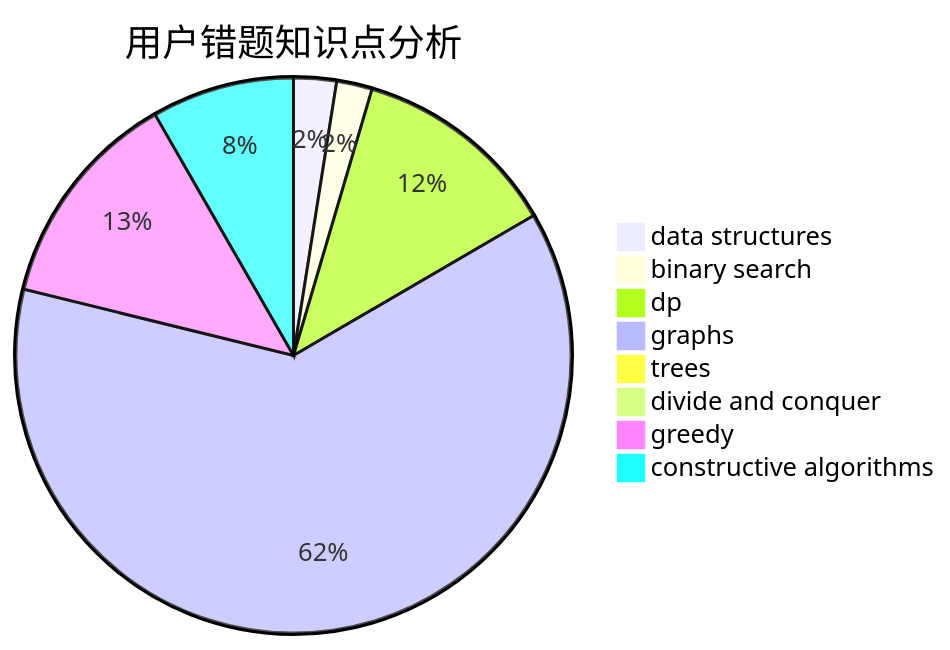
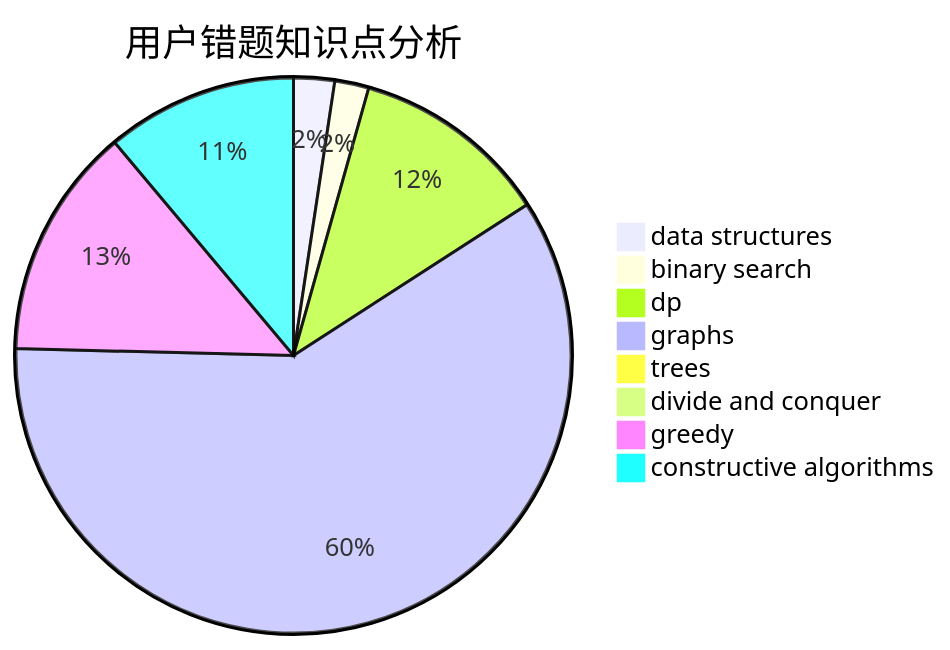
The third of 3 diagrams in docs/user/u2206.md (sherpahu/cfrs.github.io), drawn with Mermaid before and after one commit. The commit also changed other lines of this file and 2770 other files, not shown here.

````diff
--- a/docs/user/u2206.md
+++ b/docs/user/u2206.md
@@ -36,11 +36,11 @@
 ```mermaid
 pie title 用户错题知识点分析
     "data structures" :  6
     "binary search" :  5
     "dp" :  29
     "graphs" :  150
     "trees" :  0
     "divide and conquer" :  0
-    "greedy" :  31
-    "constructive algorithms" :  20
+    "greedy" :  34
+    "constructive algorithms" :  28
 ```
````
